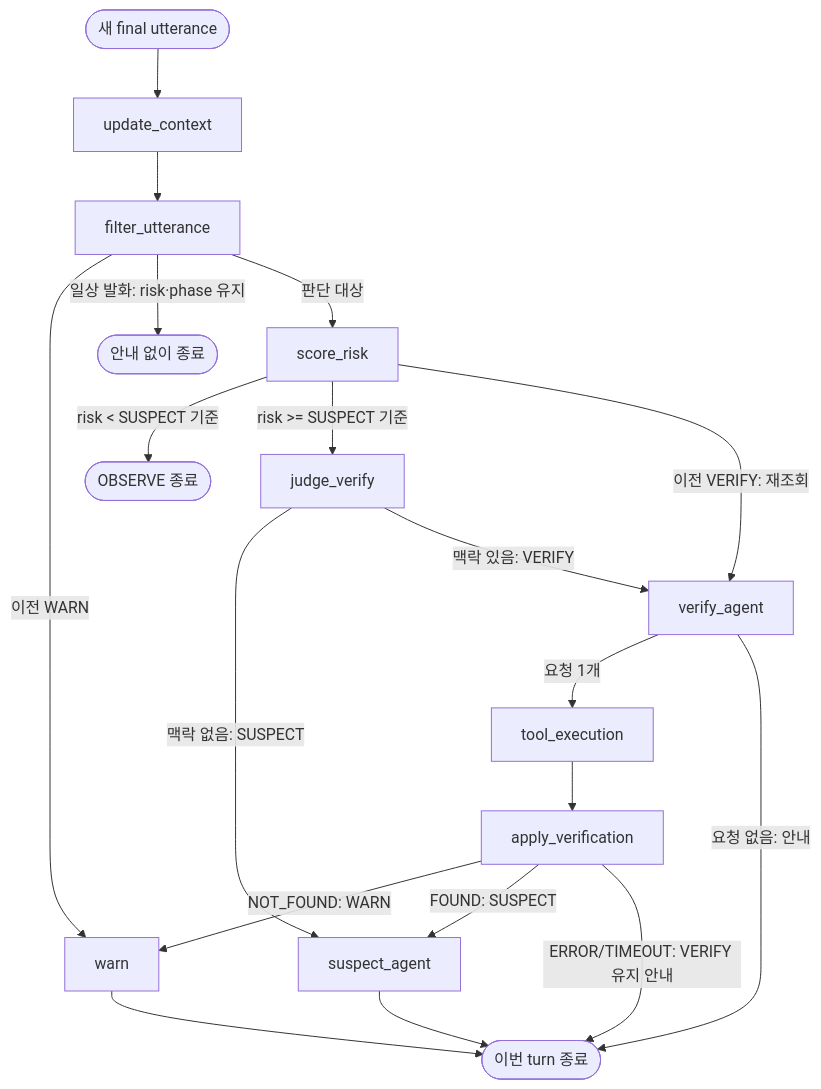
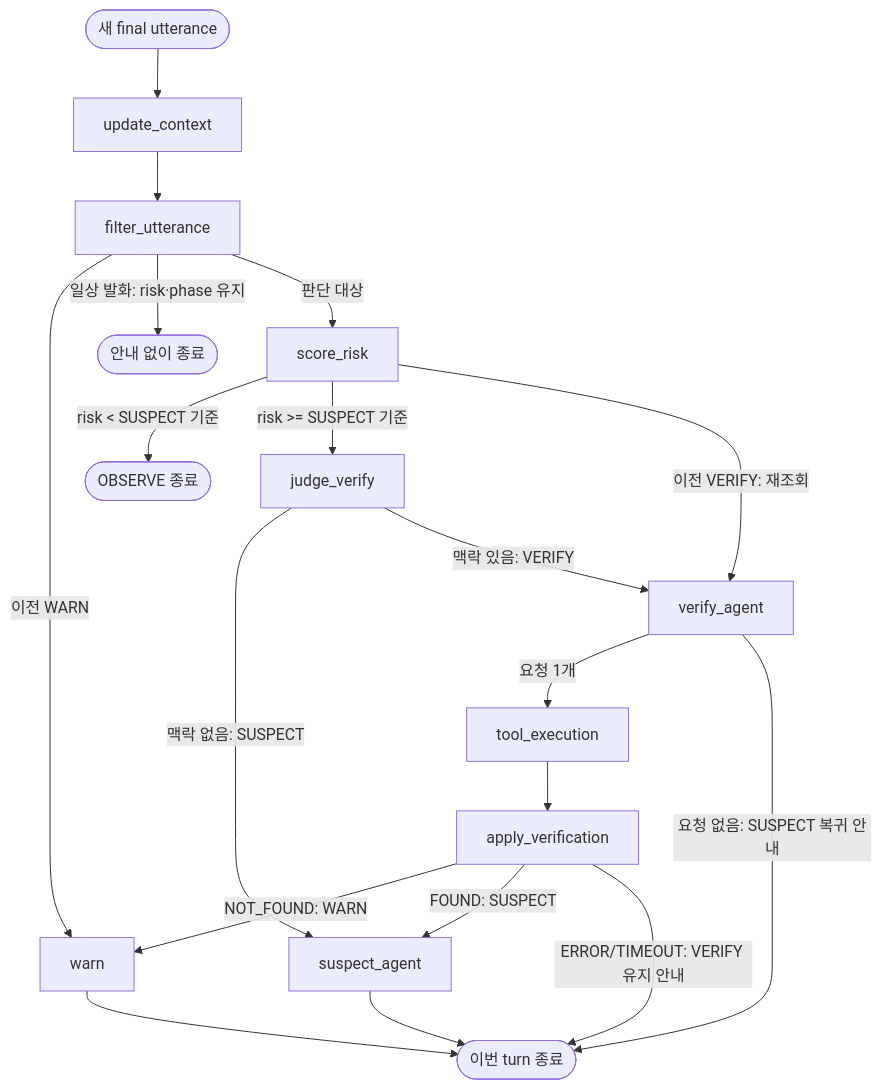
The diagram in docs/design/risk-scoring.md (M4-Scamshield/scam-agent), drawn with Mermaid before and after one commit. The commit also changed other lines of this file and 6 other files, not shown here.

````diff
--- a/docs/design/risk-scoring.md
+++ b/docs/design/risk-scoring.md
@@ -22,21 +22,21 @@
 ```mermaid
 flowchart TD
     S([새 final utterance]) --> U[update_context]
     U --> F[filter_utterance]
     F -->|이전 WARN| W[warn]
     F -->|일상 발화: risk·phase 유지| E0([안내 없이 종료])
     F -->|판단 대상| R[score_risk]
     R -->|risk < SUSPECT 기준| E([OBSERVE 종료])
     R -->|risk >= SUSPECT 기준| J[judge_verify]
     R -->|이전 VERIFY: 재조회| V
     J -->|맥락 없음: SUSPECT| A[suspect_agent]
     A --> E2([이번 turn 종료])
     J -->|맥락 있음: VERIFY| V[verify_agent]
     V -->|요청 1개| T[tool_execution]
-    V -->|요청 없음: 안내| E2
+    V -->|요청 없음: SUSPECT 복귀 안내| E2
     T --> P[apply_verification]
     P -->|NOT_FOUND: WARN| W
     P -->|FOUND: SUSPECT| A
     P -->|ERROR/TIMEOUT: VERIFY 유지 안내| E2
     W --> E2
 ```
````
